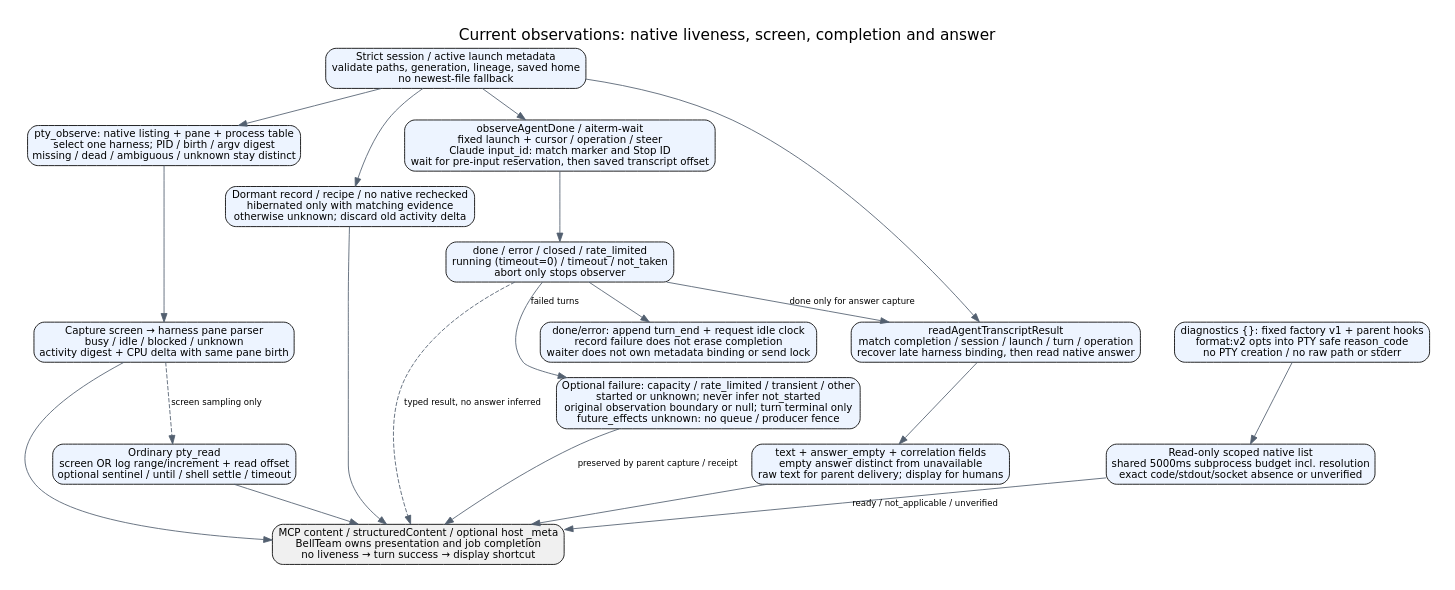
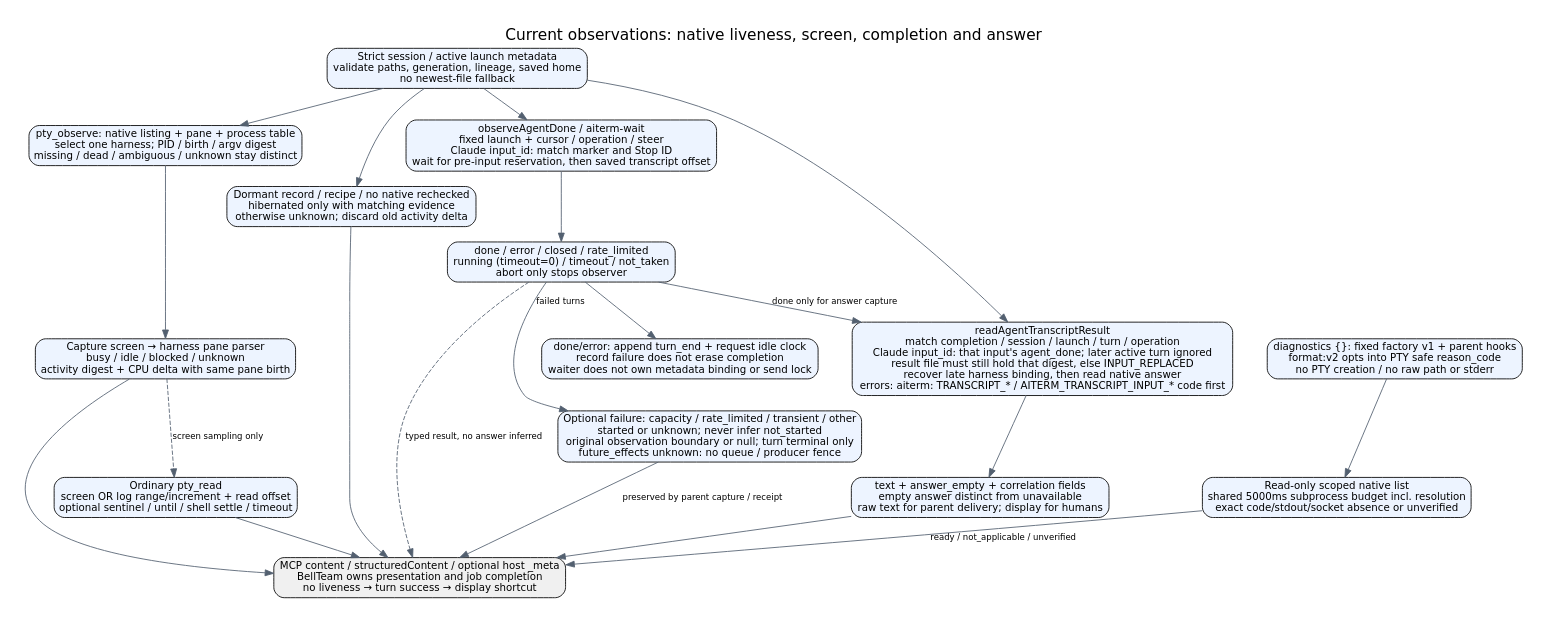
Before and after one commit to kitepon/aiterm-mcp: the diagram in docs/architecture/observation-results.dot, drawn with Graphviz. The commit also changed 10 other files, not shown here.

First line of the commit message:
Bind Claude transcript reads to one input and code transcript errors

```diff
--- a/docs/architecture/observation-results.dot
+++ b/docs/architecture/observation-results.dot
@@ -1,25 +1,25 @@
 digraph observation {
  graph [rankdir=TB,bgcolor="white",pad=0.3,nodesep=0.55,ranksep=0.5,label="Current observations: native liveness, screen, completion and answer",labelloc=t,fontname="DejaVu Sans",fontsize=18];
  node [shape=box,style="rounded,filled",fillcolor="#edf4ff",fontname="DejaVu Sans",fontsize=12];
  edge [fontname="DejaVu Sans",fontsize=10,color="#536070"];
  meta [label="Strict session / active launch metadata\nvalidate paths, generation, lineage, saved home\nno newest-file fallback"];
  native [label="pty_observe: native listing + pane + process table\nselect one harness; PID / birth / argv digest\nmissing / dead / ambiguous / unknown stay distinct"];
  screen [label="Capture screen → harness pane parser\nbusy / idle / blocked / unknown\nactivity digest + CPU delta with same pane birth"];
  dormant [label="Dormant record / recipe / no native rechecked\nhibernated only with matching evidence\notherwise unknown; discard old activity delta"];
  wait [label="observeAgentDone / aiterm-wait\nfixed launch + cursor / operation / steer\nClaude input_id: match marker and Stop ID\nwait for pre-input reservation, then saved transcript offset"];
  end [label="done / error / closed / rate_limited\nrunning (timeout=0) / timeout / not_taken\nabort only stops observer"];
  failure [label="Optional failure: capacity / rate_limited / transient / other\nstarted or unknown; never infer not_started\noriginal observation boundary or null; turn terminal only\nfuture_effects unknown: no queue / producer fence"];
  activity [label="done/error: append turn_end + request idle clock\nrecord failure does not erase completion\nwaiter does not own metadata binding or send lock"];
- answer [label="readAgentTranscriptResult\nmatch completion / session / launch / turn / operation\nrecover late harness binding, then read native answer"];
+ answer [label="readAgentTranscriptResult\nmatch completion / session / launch / turn / operation\nClaude input_id: that input's agent_done; later active turn ignored\nresult file must still hold that digest, else INPUT_REPLACED\nrecover late harness binding, then read native answer\nerrors: aiterm: TRANSCRIPT_* / AITERM_TRANSCRIPT_INPUT_* code first"];
  body [label="text + answer_empty + correlation fields\nempty answer distinct from unavailable\nraw text for parent delivery; display for humans"];
  terminal [label="Ordinary pty_read\nscreen OR log range/increment + read offset\noptional sentinel / until / shell settle / timeout"];
  host [label="MCP content / structuredContent / optional host _meta\nBellTeam owns presentation and job completion\nno liveness → turn success → display shortcut",fillcolor="#f0f0f0"];
  diagnostics [label="diagnostics {}: fixed factory v1 + parent hooks\nformat:v2 opts into PTY safe reason_code\nno PTY creation / no raw path or stderr"];
  probe [label="Read-only scoped native list\nshared 5000ms subprocess budget incl. resolution\nexact code/stdout/socket absence or unverified"];
  diagnostics -> probe;probe -> host [label="ready / not_applicable / unverified"];
  meta -> native;native -> screen;meta -> dormant;meta -> wait;wait -> end;end -> activity;
  end -> failure [label="failed turns"];failure -> host [label="preserved by parent capture / receipt"];
  end -> answer [label="done only for answer capture"];meta -> answer;answer -> body;body -> host;
  screen -> host;dormant -> host;end -> host [style=dashed,label="typed result, no answer inferred"];
  terminal -> host;screen -> terminal [style=dashed,label="screen sampling only"];
 }
```
